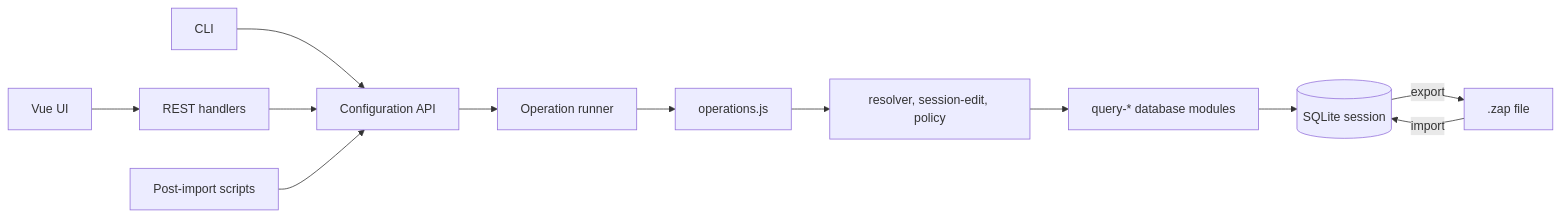
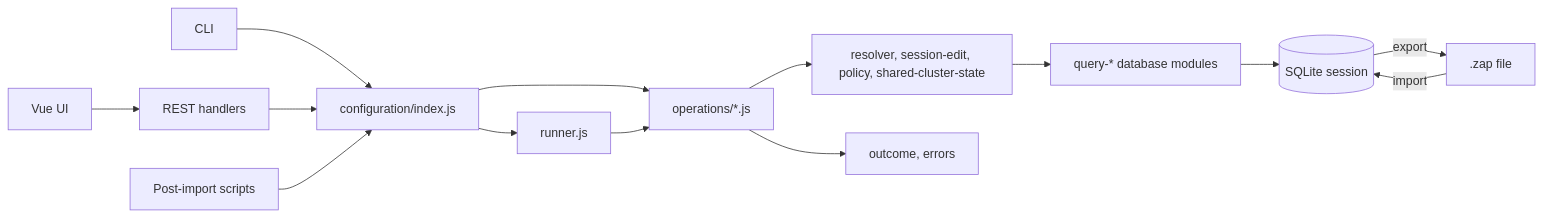
One commit to project-chip/zap changed the diagram in docs/zap-cli.md. Above: the diagram before and after it, drawn with Mermaid. The commit also changed other lines of this file and 38 other files, not shown here.

````diff
--- a/docs/zap-cli.md
+++ b/docs/zap-cli.md
@@ -101,14 +101,16 @@
 ```mermaid
 flowchart LR
   gui[Vue UI] --> rest[REST handlers]
-  cli[CLI] --> api[Configuration API]
+  cli[CLI] --> api[configuration/index.js]
   rest --> api
   post[Post-import scripts] --> api
-  api --> runner[Operation runner]
-  runner --> ops[operations.js]
-  ops --> shared[resolver, session-edit, policy]
+  api --> runner[runner.js]
+  api --> ops[operations/*.js]
+  runner --> ops
+  ops --> shared[resolver, session-edit, policy, shared-cluster-state]
+  ops --> vocab[outcome, errors]
   shared --> queries[query-* database modules]
   queries --> db[(SQLite session)]
   file[.zap file] -->|import| db
   db -->|export| file
 ```
````
